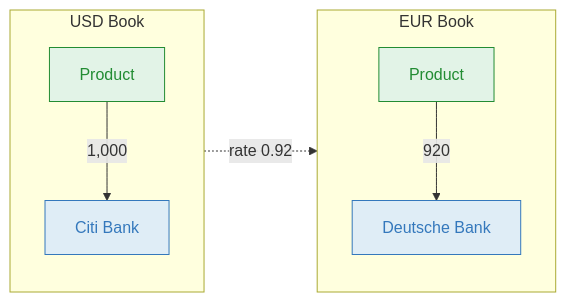
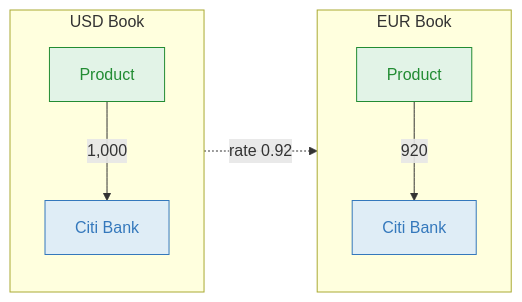
One commit to bkper/bkper-apps changed the second of 4 diagrams in exchange-bot/README.md. Above: the diagram before and after it, drawn with Mermaid. The commit also changed other lines of this file, not shown here.

````diff
--- a/exchange-bot/README.md
+++ b/exchange-bot/README.md
@@ -40,15 +55,15 @@
 ```mermaid
 flowchart LR
     subgraph USD["USD Book"]
         P1["Product"]:::incoming -- "1,000" --> B1["Citi Bank"]:::asset
     end
 
     USD -. "rate 0.92" .-> EUR
 
     subgraph EUR["EUR Book"]
-        P2["Product"]:::incoming -- "920" --> B2["Deutsche Bank"]:::asset
+        P2["Product"]:::incoming -- "920" --> B2["Citi Bank"]:::asset
     end
 
     classDef asset fill:#dfedf6,stroke:#3478bc,color:#3478bc
     classDef incoming fill:#e2f3e7,stroke:#228c33,color:#228c33
 ```
````
